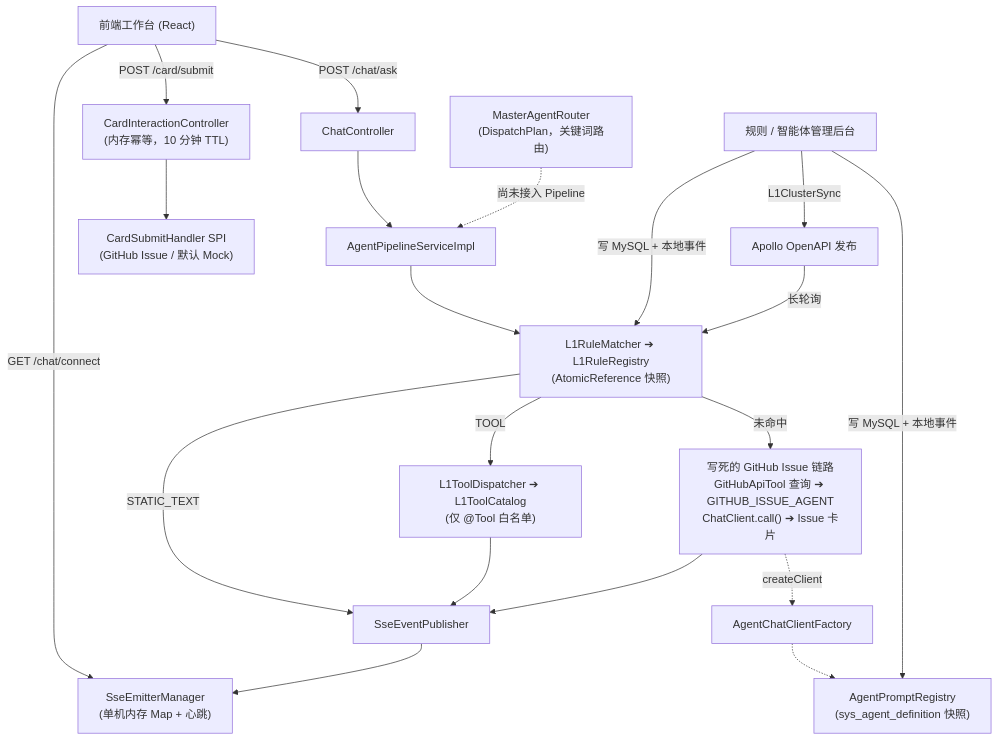
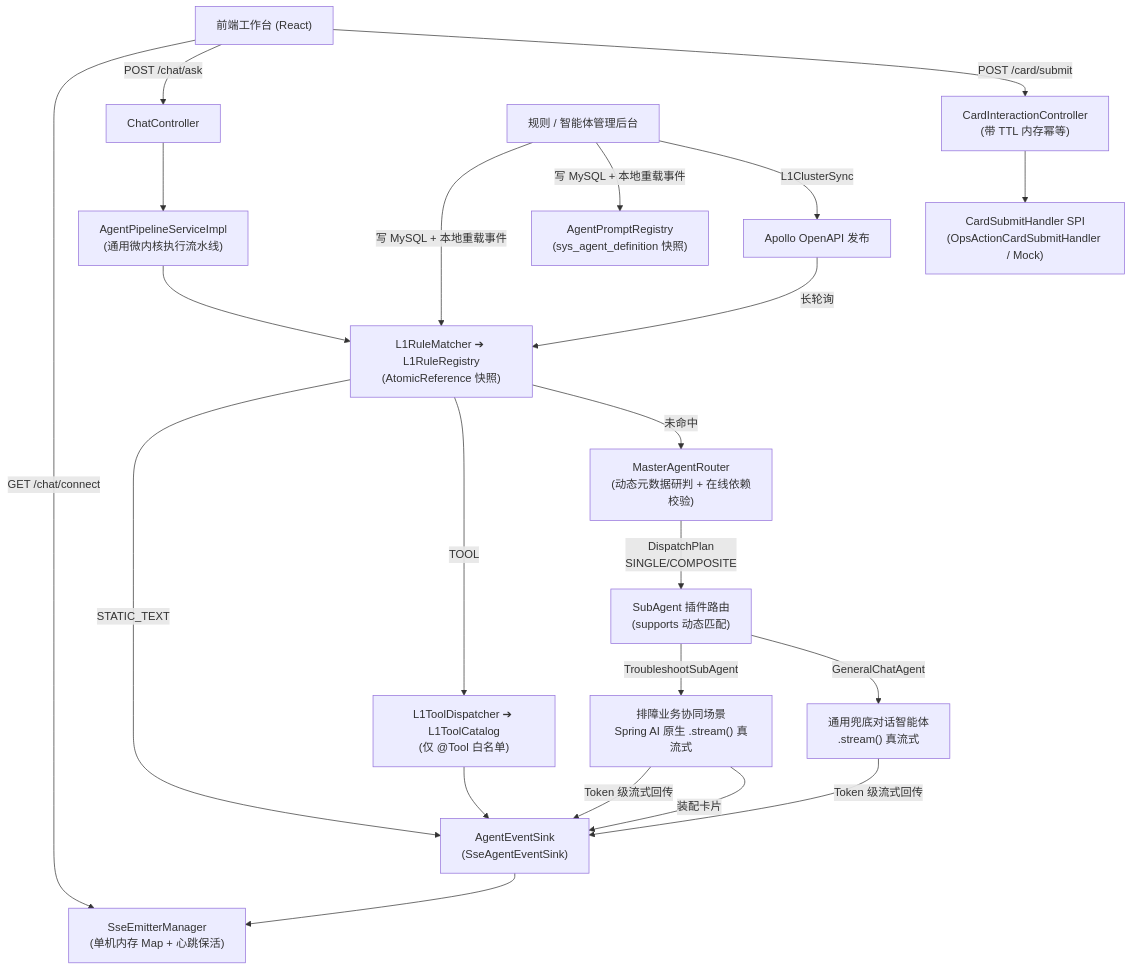
The first of 7 diagrams in docs/07-内核架构设计与演进路线.md (1264585648/spring-ai-agentflow), drawn with Mermaid before and after one commit. The commit also changed other lines of this file, not shown here.

Commit message:
docs: 完善 M2 真实动态路由与 Spring AI 原生真流式设计架构

````diff
--- a/docs/07-内核架构设计与演进路线.md
+++ b/docs/07-内核架构设计与演进路线.md
@@ -44,16 +44,19 @@
 ```mermaid
 flowchart TD
-    UI["前端工作台 (React)"] -->|GET /chat/connect| SSE["SseEmitterManager<br/>(单机内存 Map + 心跳)"]
+    UI["前端工作台 (React)"] -->|GET /chat/connect| SSE["SseEmitterManager<br/>(单机内存 Map + 心跳保活)"]
     UI -->|POST /chat/ask| CC["ChatController"]
-    CC --> P["AgentPipelineServiceImpl"]
+    CC --> P["AgentPipelineServiceImpl<br/>(通用微内核执行流水线)"]
     P --> L1["L1RuleMatcher ➔ L1RuleRegistry<br/>(AtomicReference 快照)"]
-    L1 -->|STATIC_TEXT| OUT["SseEventPublisher"]
-    L1 -->|TOOL| TD["L1ToolDispatcher ➔ L1ToolCatalog<br/>(仅 @Tool 白名单)"] --> OUT
-    L1 -->|未命中| GH["写死的 GitHub Issue 链路<br/>GitHubApiTool 查询 ➔ GITHUB_ISSUE_AGENT<br/>ChatClient.call() ➔ Issue 卡片"] --> OUT
-    GH -.->|createClient| F["AgentChatClientFactory"] -.-> REG["AgentPromptRegistry<br/>(sys_agent_definition 快照)"]
-    MR["MasterAgentRouter<br/>(DispatchPlan，关键词路由)"] -.->|"尚未接入 Pipeline"| P
-    OUT --> SSE
-    UI -->|POST /card/submit| CardC["CardInteractionController<br/>(内存幂等，10 分钟 TTL)"] --> SPI["CardSubmitHandler SPI<br/>(GitHub Issue / 默认 Mock)"]
-    Admin["规则 / 智能体管理后台"] -->|写 MySQL + 本地事件| L1 & REG
+    L1 -->|STATIC_TEXT| SINK["AgentEventSink<br/>(SseAgentEventSink)"]
+    L1 -->|TOOL| TD["L1ToolDispatcher ➔ L1ToolCatalog<br/>(仅 @Tool 白名单)"] --> SINK
+    L1 -->|未命中| MR["MasterAgentRouter<br/>(动态元数据研判 + 在线依赖校验)"]
+    MR -->|DispatchPlan<br/>SINGLE/COMPOSITE| SA["SubAgent 插件路由<br/>(supports 动态匹配)"]
+    SA -->|TroubleshootSubAgent| TS["排障业务协同场景<br/>Spring AI 原生 .stream() 真流式"]
+    SA -->|GeneralChatAgent| GA["通用兜底对话智能体<br/>.stream() 真流式"]
+    TS & GA -->|Token 级流式回传| SINK
+    TS -->|装配卡片| SINK
+    SINK --> SSE
+    UI -->|POST /card/submit| CardC["CardInteractionController<br/>(带 TTL 内存幂等)"] --> SPI["CardSubmitHandler SPI<br/>(OpsActionCardSubmitHandler / Mock)"]
+    Admin["规则 / 智能体管理后台"] -->|写 MySQL + 本地重载事件| L1 & REG["AgentPromptRegistry<br/>(sys_agent_definition 快照)"]
     Admin -->|L1ClusterSync| Apollo["Apollo OpenAPI 发布"] -->|长轮询| L1
 ```
````
